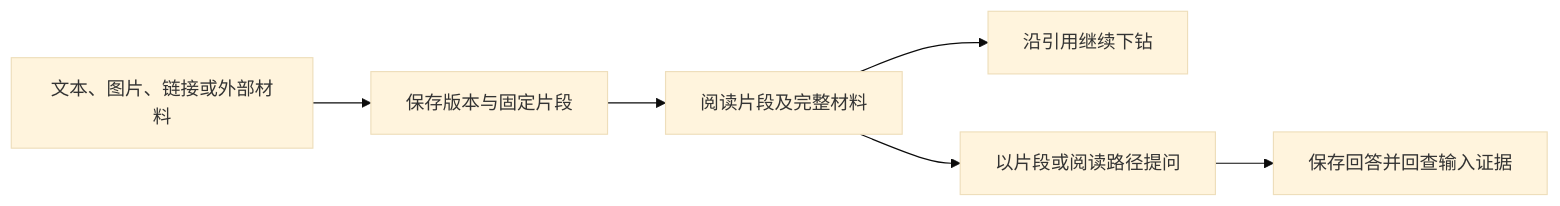
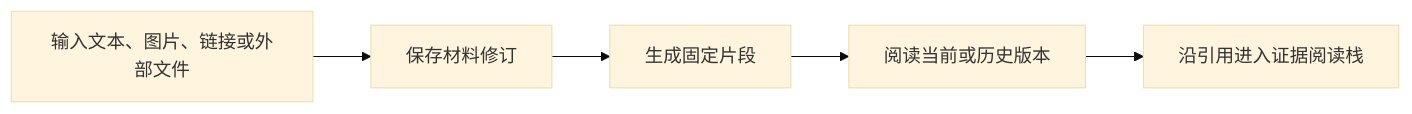
The diagram in .repo-review/knowledge/articles/01a1d59970b64ce9a240d80dd8127c069f020520ca789eec175c9af94250ccfc.md (lejunyang/omem), drawn with Mermaid (base theme) before and after one commit. The commit also changed other lines of this file and 234 other files, not shown here.

````diff
--- a/.repo-review/knowledge/articles/01a1d59970b64ce9a240d80dd8127c069f020520ca789eec175c9af94250ccfc.md
+++ b/.repo-review/knowledge/articles/01a1d59970b64ce9a240d80dd8127c069f020520ca789eec175c9af94250ccfc.md
@@ -21,8 +19,7 @@
 ```mermaid
 flowchart LR
-  A[文本、图片、链接或外部材料] --> B[保存版本与固定片段]
-  B --> C[阅读片段及完整材料]
-  C --> D[沿引用继续下钻]
-  C --> E[以片段或阅读路径提问]
-  E --> F[保存回答并回查输入证据]
+  A[输入文本、图片、链接或外部文件] --> B[保存材料修订]
+  B --> C[生成固定片段]
+  C --> D[阅读当前或历史版本]
+  D --> E[沿引用进入证据阅读栈]
 ```
````
